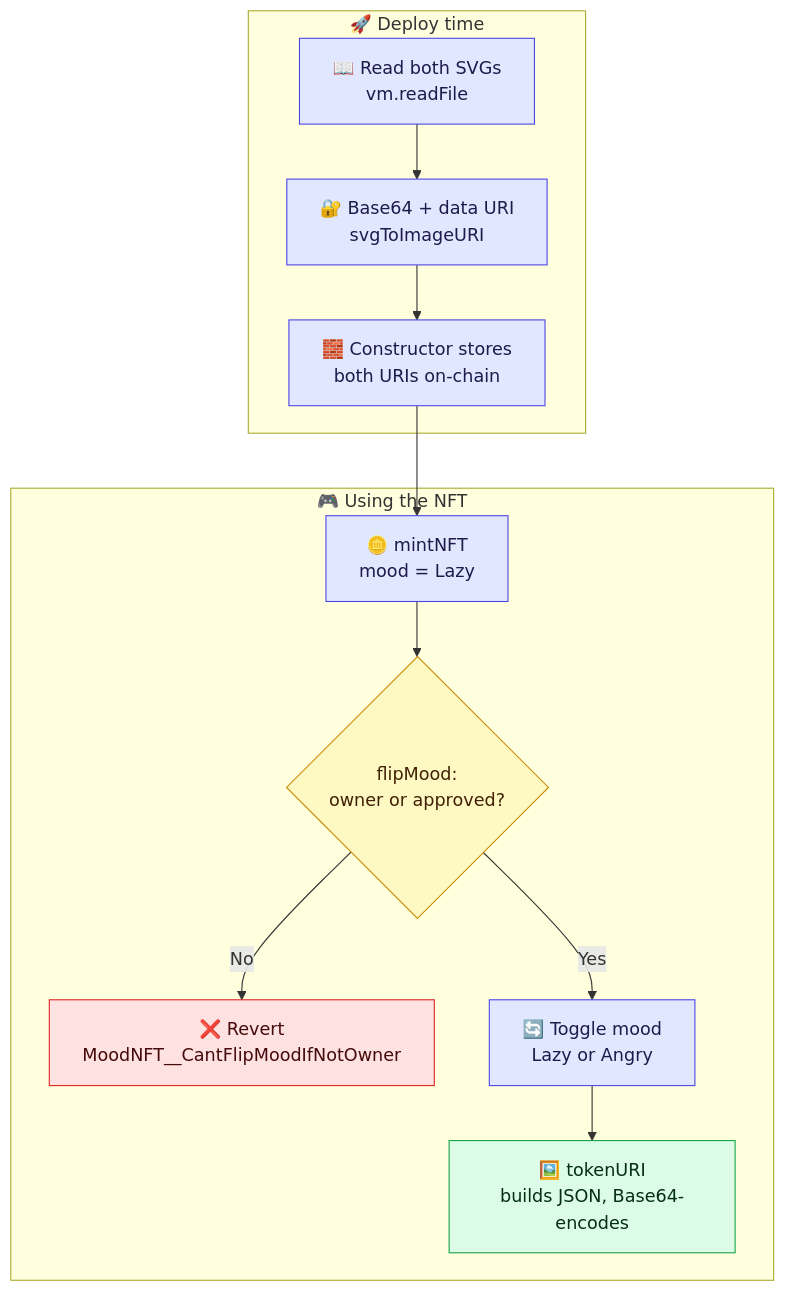
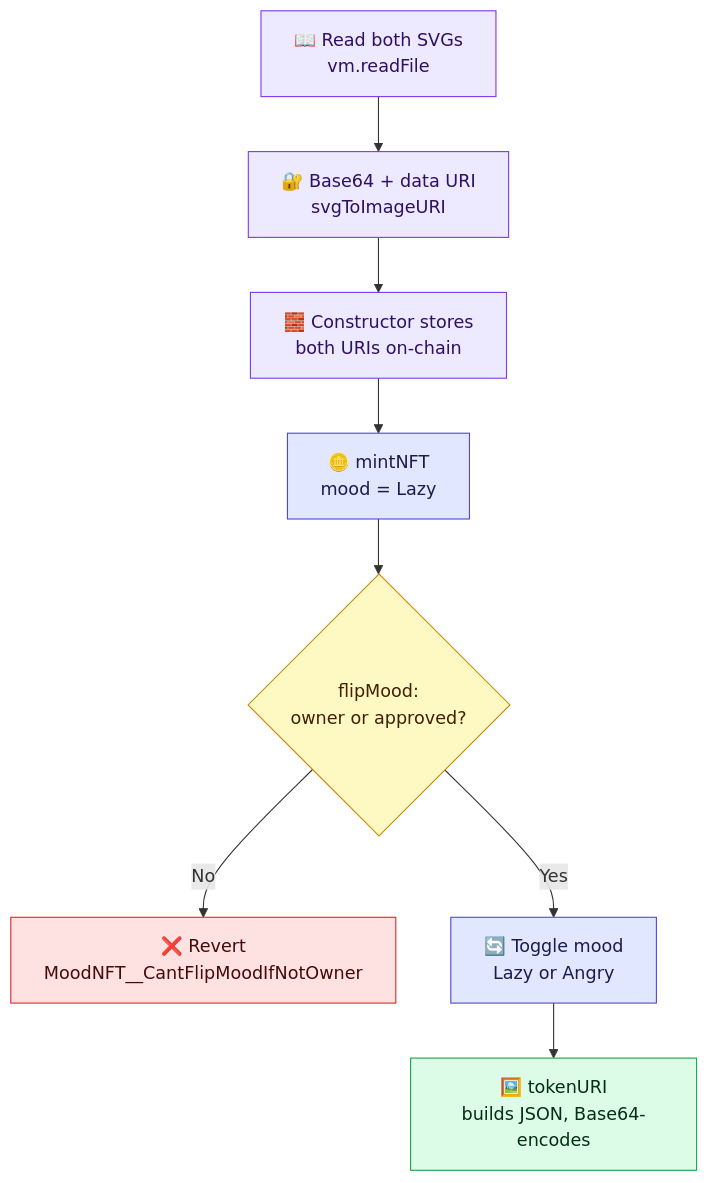
Before and after one commit to Yuvi8990/Foundry-NFT: the second of 3 diagrams in README.md, drawn with Mermaid.

Commit message:
Refactor MoodNFT flow diagram in README.md

````diff
--- a/README.md
+++ b/README.md
@@ -204,25 +204,21 @@
 ```mermaid
 flowchart TD
-    subgraph DeployPhase ["🚀 Deploy time"]
-        D1["📖 Read both SVGs<br/>vm.readFile"] --> D2["🔐 Base64 + data URI<br/>svgToImageURI"]
-        D2 --> D3["🧱 Constructor stores<br/>both URIs on-chain"]
-    end
+    D1["📖 Read both SVGs<br/>vm.readFile"] --> D2["🔐 Base64 + data URI<br/>svgToImageURI"]
+    D2 --> D3["🧱 Constructor stores<br/>both URIs on-chain"]
+    D3 --> M1["🪙 mintNFT<br/>mood = Lazy"]
+    M1 --> F{"flipMood:<br/>owner or approved?"}
+    F -- "No" --> R["❌ Revert<br/>MoodNFT__CantFlipMoodIfNotOwner"]
+    F -- "Yes" --> T["🔄 Toggle mood<br/>Lazy or Angry"]
+    T --> U["🖼️ tokenURI<br/>builds JSON, Base64-encodes"]
 
-    subgraph UsePhase ["🎮 Using the NFT"]
-        M1["🪙 mintNFT<br/>mood = Lazy"] --> F{"flipMood:<br/>owner or approved?"}
-        F -- "No" --> R["❌ Revert<br/>MoodNFT__CantFlipMoodIfNotOwner"]
-        F -- "Yes" --> T["🔄 Toggle mood<br/>Lazy or Angry"]
-        T --> U["🖼️ tokenURI<br/>builds JSON, Base64-encodes"]
-    end
-
-    D3 --> M1
-
+    classDef deploy fill:#ede9fe,stroke:#7c3aed,color:#2e1065
     classDef step fill:#e0e7ff,stroke:#4f46e5,color:#1e1b4b
     classDef decision fill:#fef9c3,stroke:#ca8a04,color:#422006
     classDef fail fill:#fee2e2,stroke:#dc2626,color:#450a0a
     classDef done fill:#dcfce7,stroke:#16a34a,color:#052e16
-    class D1,D2,D3,M1,T step
+    class D1,D2,D3 deploy
+    class M1,T step
     class F decision
     class R fail
     class U done
 ```
````
